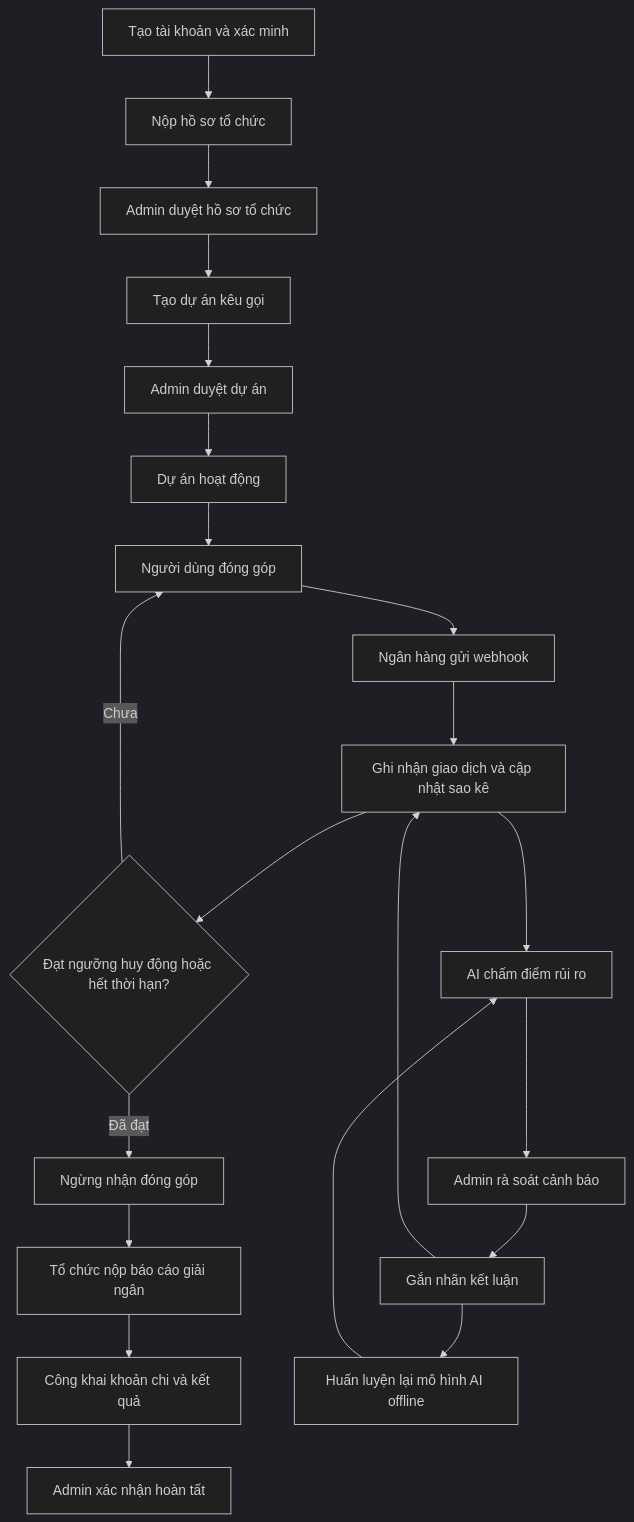
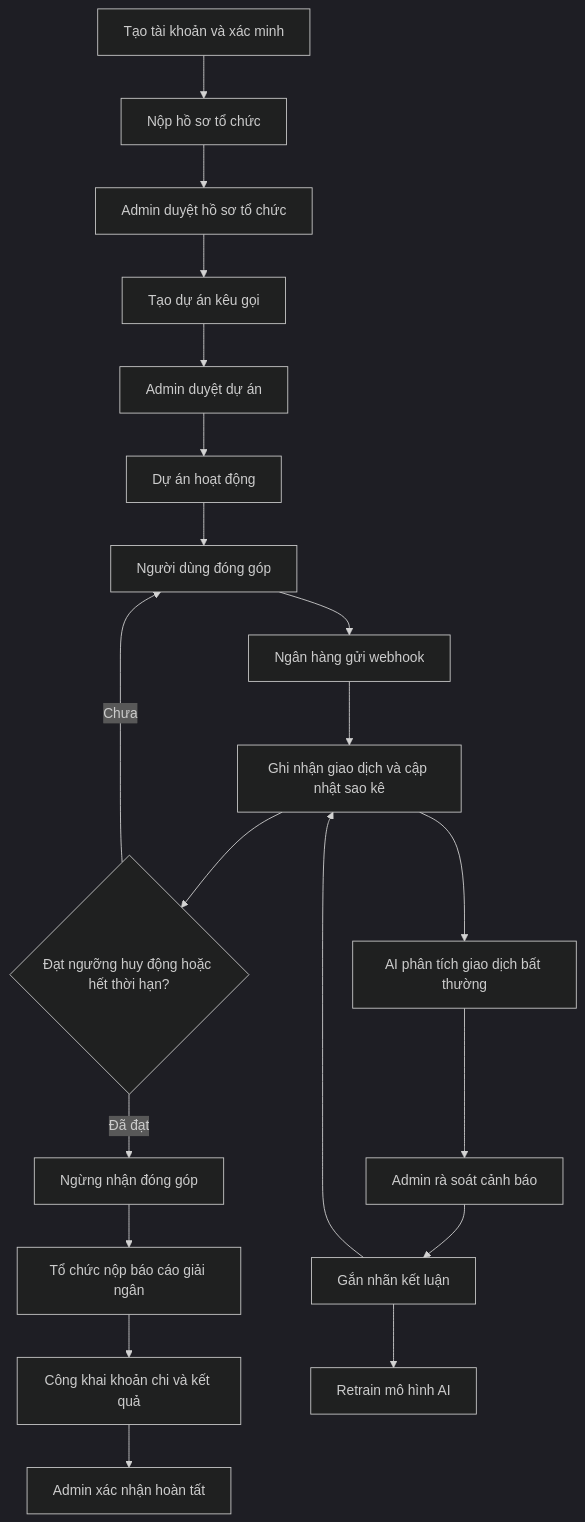
The diagram in System-Flow-Summary.md (diemly26/volunteerPj_docs), drawn with Mermaid (dark theme) before and after one commit. The commit also changed other lines of this file, not shown here.

Commit message:
update diagram

````diff
--- a/System-Flow-Summary.md
+++ b/System-Flow-Summary.md
@@ -20,31 +20,30 @@
 ```mermaid
 flowchart TD
   A[Tạo tài khoản và xác minh]
   B[Nộp hồ sơ tổ chức]
   C[Admin duyệt hồ sơ tổ chức]
   D[Tạo dự án kêu gọi]
   E[Admin duyệt dự án]
   F[Dự án hoạt động]
   G[Người dùng đóng góp]
   H[Ngân hàng gửi webhook]
   I[Ghi nhận giao dịch và cập nhật sao kê]
   J{Đạt ngưỡng huy động hoặc hết thời hạn?}
   K[Ngừng nhận đóng góp]
   L[Tổ chức nộp báo cáo giải ngân]
   M[Công khai khoản chi và kết quả]
   N[Admin xác nhận hoàn tất]
 
-  O[AI chấm điểm rủi ro]
+  O[AI phân tích giao dịch bất thường]
   P[Admin rà soát cảnh báo]
   Q[Gắn nhãn kết luận]
-  R[Huấn luyện lại mô hình AI offline]
+  R[Retrain mô hình AI]
 
   A --> B --> C --> D --> E --> F --> G --> H --> I --> J
   J -- Chưa --> G
   J -- Đã đạt --> K --> L --> M --> N
 
   I --> O --> P --> Q
   Q --> I
   Q --> R
-  R --> O
 ```
````
